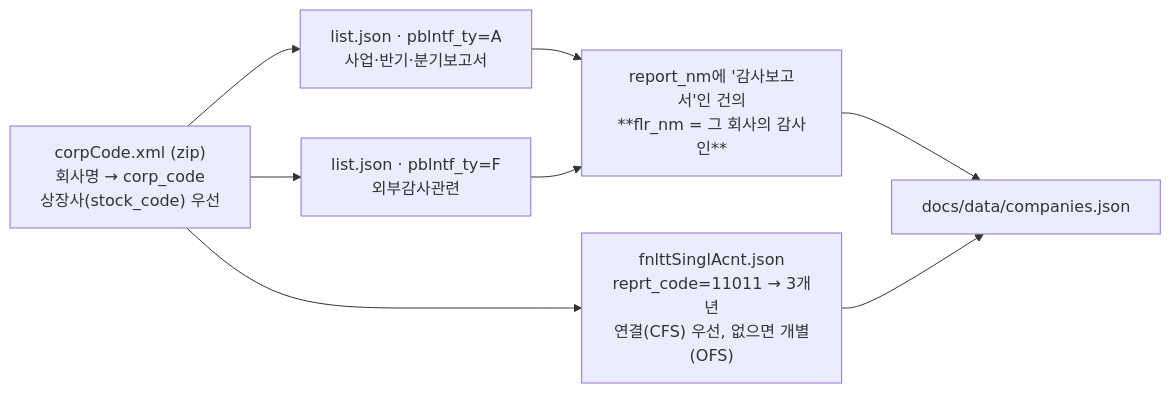
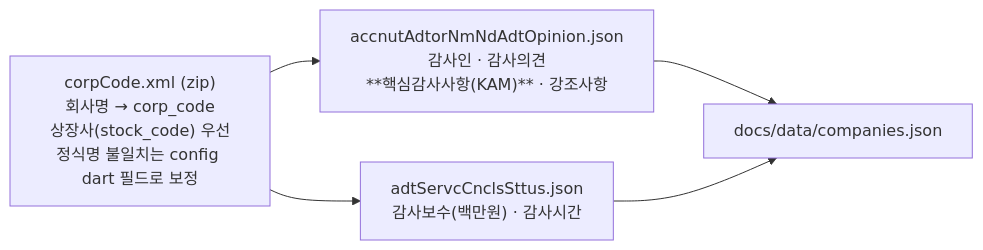
The fifth of 7 diagrams in docs-meta/WORKFLOW.md (jaehyuk-choi-KICPA/KICPA_CAREER_HUB_SITE), drawn with Mermaid before and after one commit. The commit also changed other lines of this file and 18 other files, not shown here.

````diff
--- a/docs-meta/WORKFLOW.md
+++ b/docs-meta/WORKFLOW.md
@@ -212,15 +211,10 @@
 ```mermaid
 flowchart LR
-    CC["corpCode.xml (zip)<br/>회사명 → corp_code<br/>상장사(stock_code) 우선"]
-    LA["list.json · pblntf_ty=A<br/>사업·반기·분기보고서"]
-    LF["list.json · pblntf_ty=F<br/>외부감사관련"]
-    AU["report_nm에 '감사보고서'인 건의<br/>**flr_nm = 그 회사의 감사인**"]
-    FN["fnlttSinglAcnt.json<br/>reprt_code=11011 → 3개년<br/>연결(CFS) 우선, 없으면 개별(OFS)"]
+    CC["corpCode.xml (zip)<br/>회사명 → corp_code<br/>상장사(stock_code) 우선<br/>정식명 불일치는 config dart 필드로 보정"]
+    OP["accnutAdtorNmNdAdtOpinion.json<br/>감사인 · 감사의견<br/>**핵심감사사항(KAM)** · 강조사항"]
+    AD["adtServcCnclsSttus.json<br/>감사보수(백만원) · 감사시간"]
     OUT3["docs/data/companies.json"]
 
-    CC --> LA --> AU
-    CC --> LF --> AU
-    CC --> FN
-    AU --> OUT3
-    FN --> OUT3
+    CC --> OP --> OUT3
+    CC --> AD --> OUT3
 ```
````
